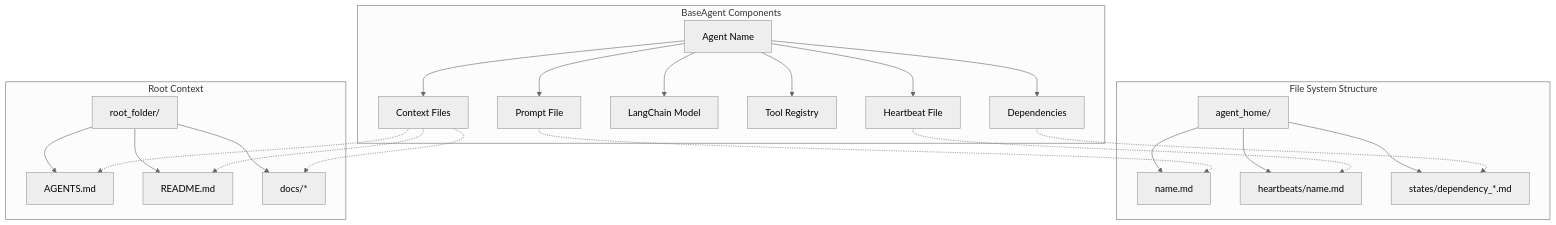
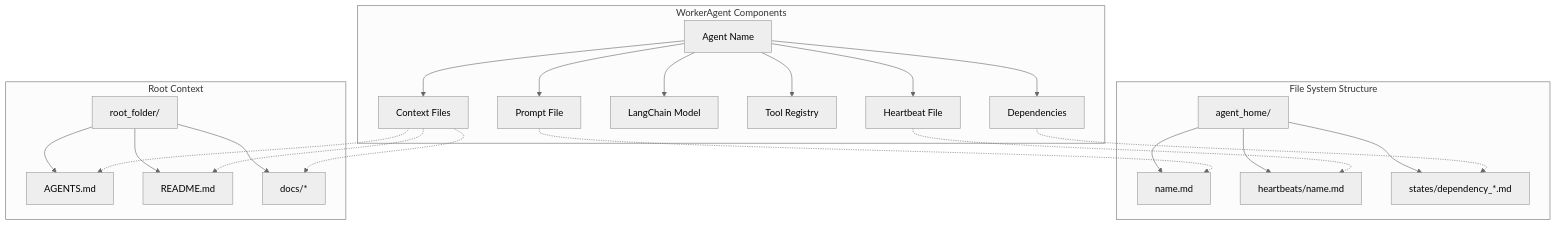
The first of 3 diagrams in docs/composer/BaseAgent.md (openpawks/sublimate), drawn with Mermaid (neutral theme) before and after one commit. The commit also changed other lines of this file and 21 other files, not shown here.

Commit message:
refactor: rename BaseAgent to WorkerAgent for clarity, fix typos in services, begin to start writing repo & worktree management

````diff
--- a/docs/composer/BaseAgent.md
+++ b/docs/composer/BaseAgent.md
@@ -24,30 +24,30 @@
 ```mermaid
 graph TB
-    subgraph "BaseAgent Components"
+    subgraph "WorkerAgent Components"
         A[Agent Name] --> B[Prompt File]
         A --> C[Heartbeat File]
         A --> D[LangChain Model]
         A --> E[Tool Registry]
         A --> F[Context Files]
         A --> G[Dependencies]
     end
 
     subgraph "File System Structure"
         H[agent_home/] --> I[name.md]
         H --> J[heartbeats/name.md]
         H --> K[states/dependency_*.md]
     end
 
     subgraph "Root Context"
         L[root_folder/] --> M[AGENTS.md]
         L --> N[README.md]
         L --> O[docs/*]
     end
 
     B -.-> I
     C -.-> J
     F -.-> M
     F -.-> N
     F -.-> O
     G -.-> K
 ```
````
